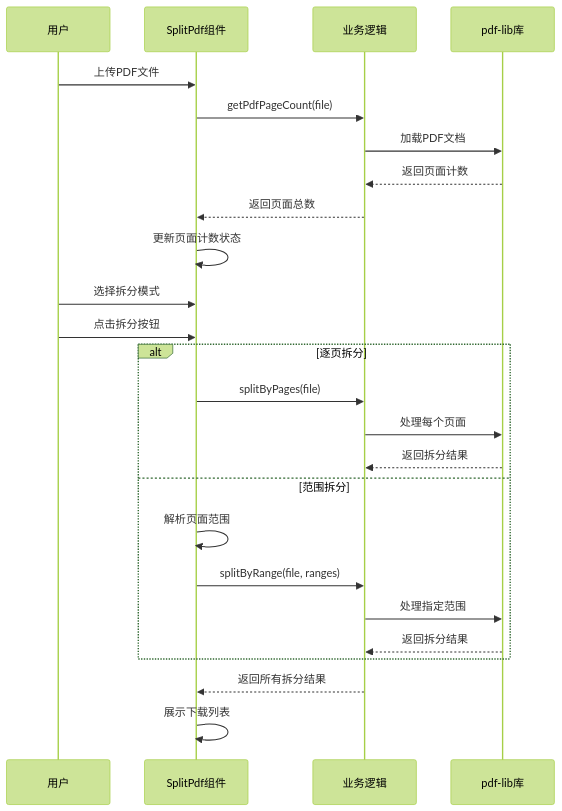
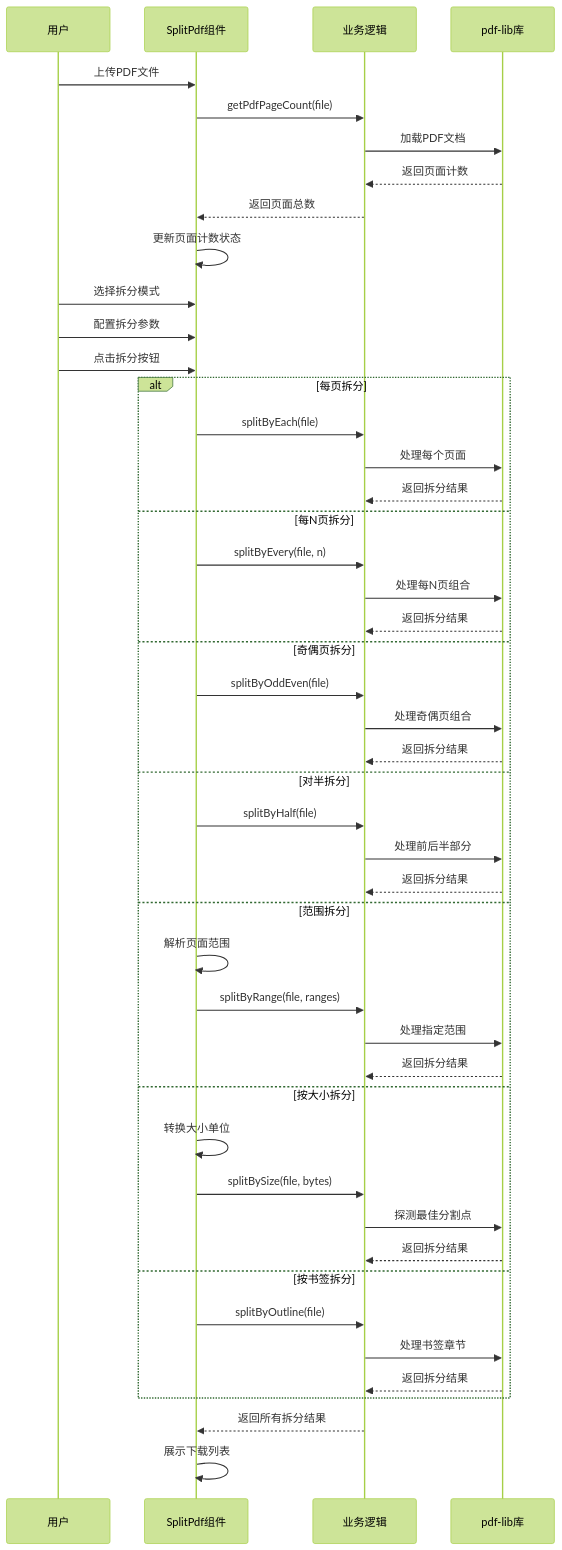
The third of 8 diagrams in .qoder/repowiki/zh/content/PDF工具/PDF拆分工具.md (sgyy/privadeck), drawn with Mermaid (forest theme) before and after one commit. The commit also changed other lines of this file and 4 other files, not shown here.

First line of the commit message:
feat(pdf-split): 升级拆分工具为七种拆分模式的复杂系统

````diff
--- a/.qoder/repowiki/zh/content/PDF工具/PDF拆分工具.md
+++ b/.qoder/repowiki/zh/content/PDF工具/PDF拆分工具.md
@@ -163,27 +221,49 @@
 ```mermaid
 sequenceDiagram
 participant User as 用户
 participant Component as SplitPdf组件
 participant Logic as 业务逻辑
 participant PdfLib as pdf-lib库
 User->>Component : 上传PDF文件
 Component->>Logic : getPdfPageCount(file)
 Logic->>PdfLib : 加载PDF文档
 PdfLib-->>Logic : 返回页面计数
 Logic-->>Component : 返回页面总数
 Component->>Component : 更新页面计数状态
 User->>Component : 选择拆分模式
+User->>Component : 配置拆分参数
 User->>Component : 点击拆分按钮
-alt 逐页拆分
-Component->>Logic : splitByPages(file)
+alt 每页拆分
+Component->>Logic : splitByEach(file)
 Logic->>PdfLib : 处理每个页面
+PdfLib-->>Logic : 返回拆分结果
+else 每N页拆分
+Component->>Logic : splitByEvery(file, n)
+Logic->>PdfLib : 处理每N页组合
+PdfLib-->>Logic : 返回拆分结果
+else 奇偶页拆分
+Component->>Logic : splitByOddEven(file)
+Logic->>PdfLib : 处理奇偶页组合
+PdfLib-->>Logic : 返回拆分结果
+else 对半拆分
+Component->>Logic : splitByHalf(file)
+Logic->>PdfLib : 处理前后半部分
 PdfLib-->>Logic : 返回拆分结果
 else 范围拆分
 Component->>Component : 解析页面范围
 Component->>Logic : splitByRange(file, ranges)
 Logic->>PdfLib : 处理指定范围
 PdfLib-->>Logic : 返回拆分结果
+else 按大小拆分
+Component->>Component : 转换大小单位
+Component->>Logic : splitBySize(file, bytes)
+Logic->>PdfLib : 探测最佳分割点
+PdfLib-->>Logic : 返回拆分结果
+else 按书签拆分
+Component->>Logic : splitByOutline(file)
+Logic->>PdfLib : 处理书签章节
+PdfLib-->>Logic : 返回拆分结果
 end
 Logic-->>Component : 返回所有拆分结果
 Component->>Component : 展示下载列表
 ```
````
